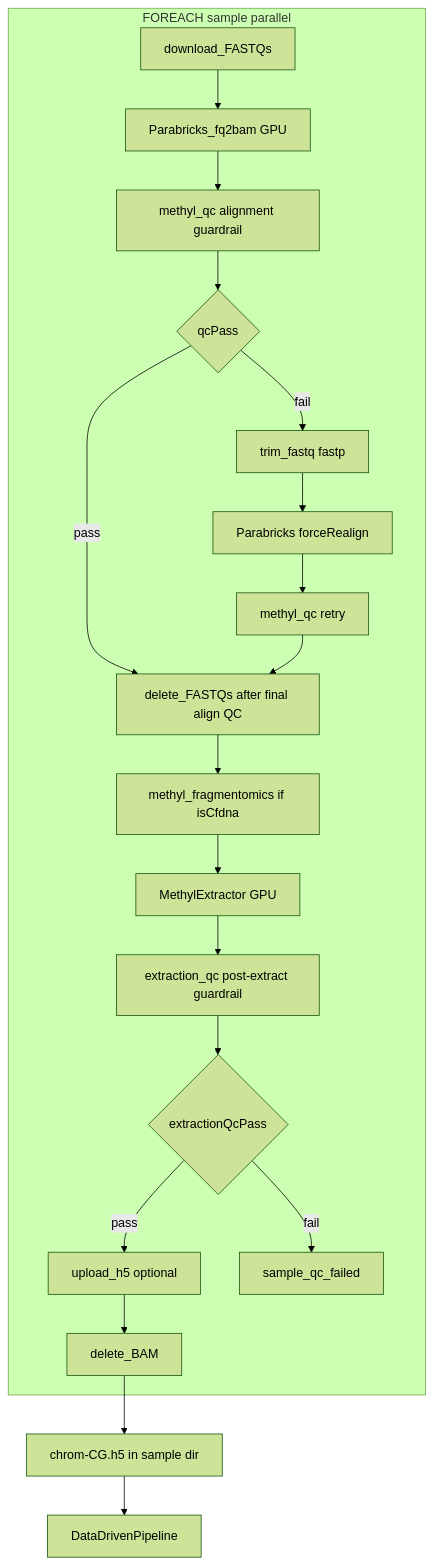
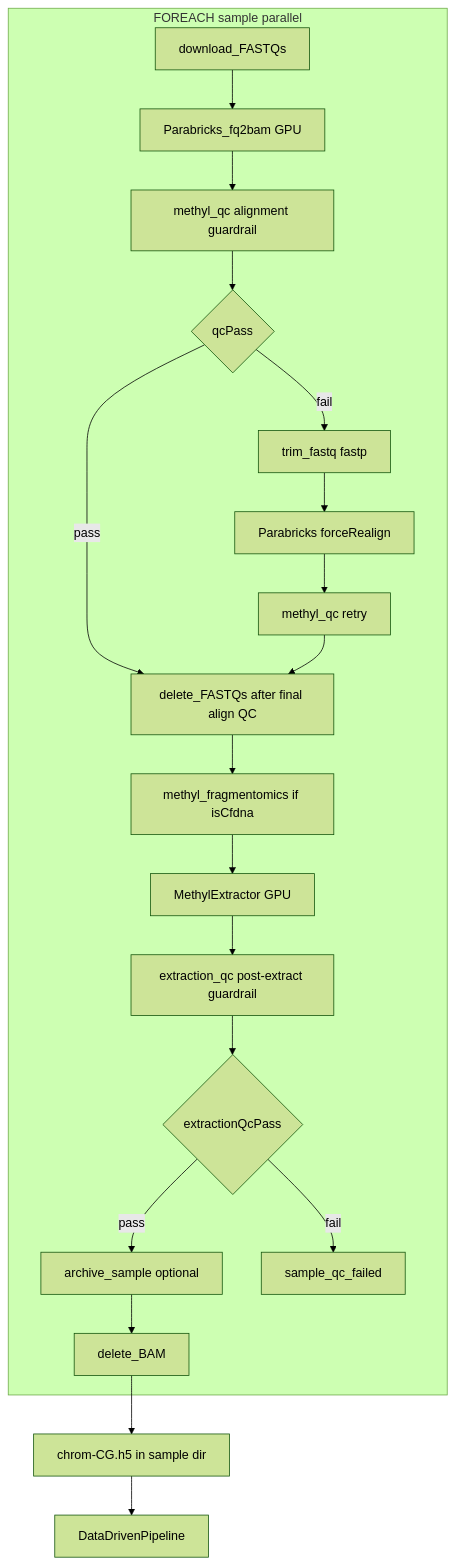
One commit to Goliath-Research/GoliathWorkflow changed the second of 15 diagrams in workflow_engine/docs/pipeline_architecture.md. Above: the diagram before and after it, drawn with Mermaid (forest theme). The commit also changed other lines of this file and 34 other files, not shown here.

````diff
--- a/workflow_engine/docs/pipeline_architecture.md
+++ b/workflow_engine/docs/pipeline_architecture.md
@@ -95,27 +95,27 @@
 ```mermaid
 flowchart TD
   subgraph perSample [FOREACH sample parallel]
     dl[download_FASTQs]
     align[Parabricks_fq2bam GPU]
     qc[methyl_qc alignment guardrail]
     gateQc{qcPass}
     delFq[delete_FASTQs after final align QC]
     frag[methyl_fragmentomics if isCfdna]
     ext[MethylExtractor GPU]
     extQc[extraction_qc post-extract guardrail]
     gateExt{extractionQcPass}
-    upload[upload_h5 optional]
+    upload[archive_sample optional]
     delBam[delete_BAM]
     trim[trim_fastq fastp]
     align2[Parabricks forceRealign]
     qc2[methyl_qc retry]
     fail[sample_qc_failed]
   end
   dl --> align --> qc --> gateQc
   gateQc -->|pass| delFq --> frag --> ext --> extQc --> gateExt
   gateExt -->|pass| upload --> delBam
   gateExt -->|fail| fail
   gateQc -->|fail| trim --> align2 --> qc2 --> delFq
   delBam --> h5["chrom-CG.h5 in sample dir"]
   h5 --> ddp[DataDrivenPipeline]
 ```
````
